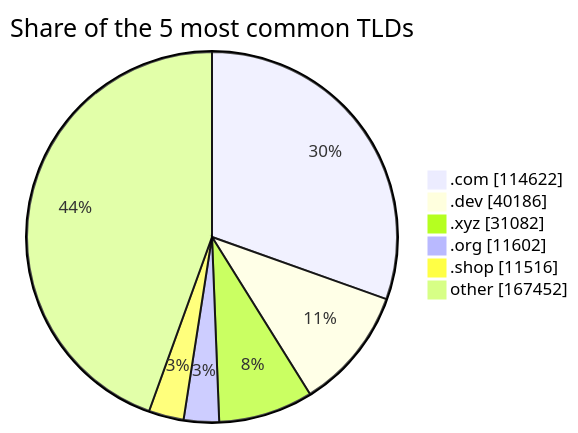
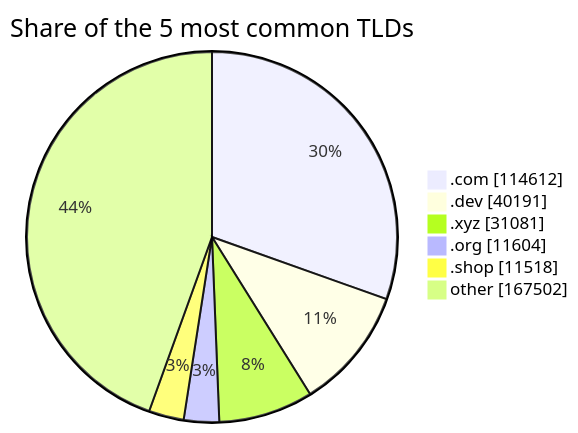
Before and after one commit to DNSBunker/CTI: the third of 3 diagrams in README.md, drawn with Mermaid. The commit also changed other lines of this file and 3 other files, not shown here.

````diff
--- a/README.md
+++ b/README.md
@@ -81,9 +81,9 @@
 ```mermaid
 pie showData title Share of the 5 most common TLDs
-    ".com" : 114622
-    ".dev" : 40186
-    ".xyz" : 31082
-    ".org" : 11602
-    ".shop" : 11516
-    "other" : 167452
+    ".com" : 114612
+    ".dev" : 40191
+    ".xyz" : 31081
+    ".org" : 11604
+    ".shop" : 11518
+    "other" : 167502
 ```
````
